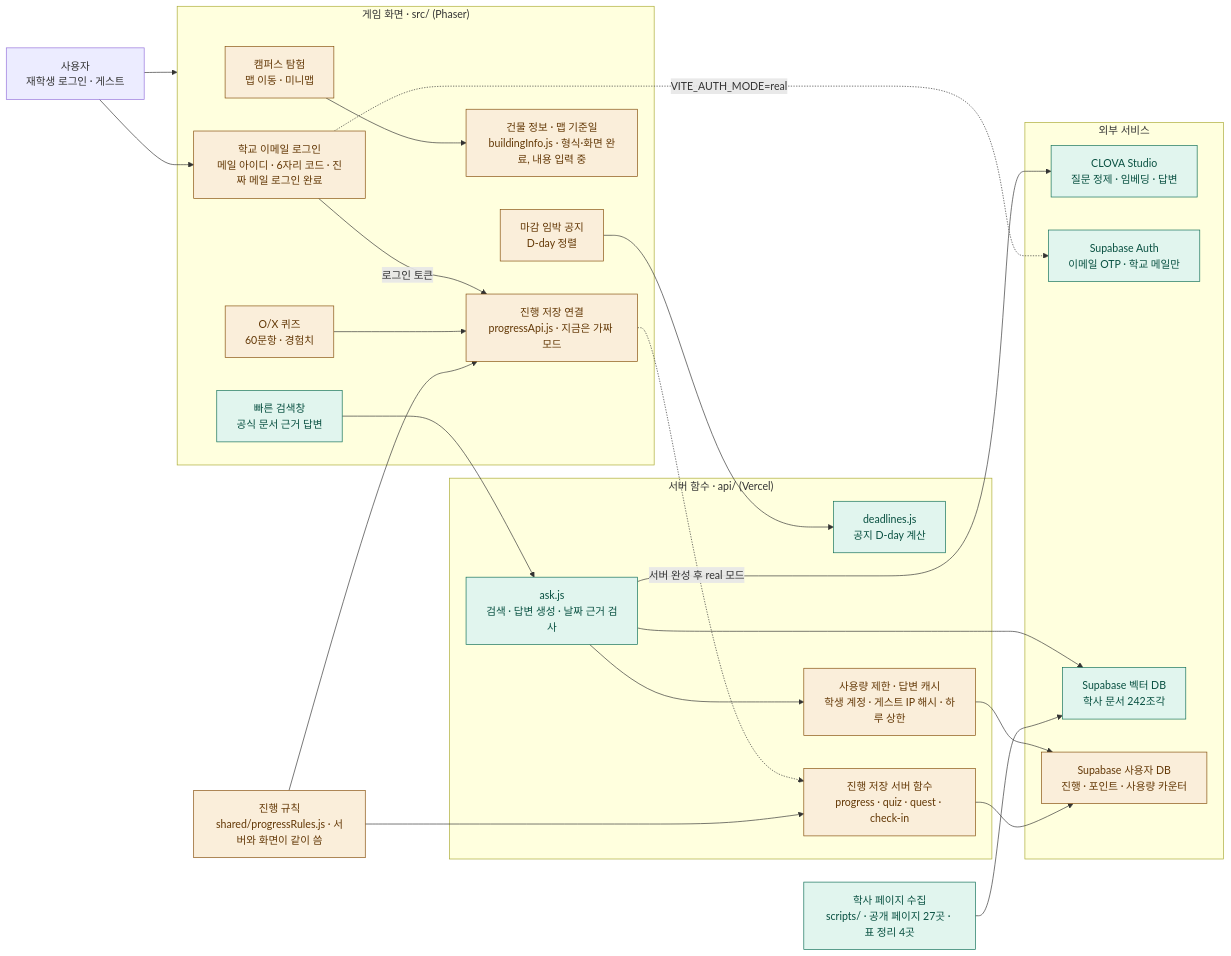
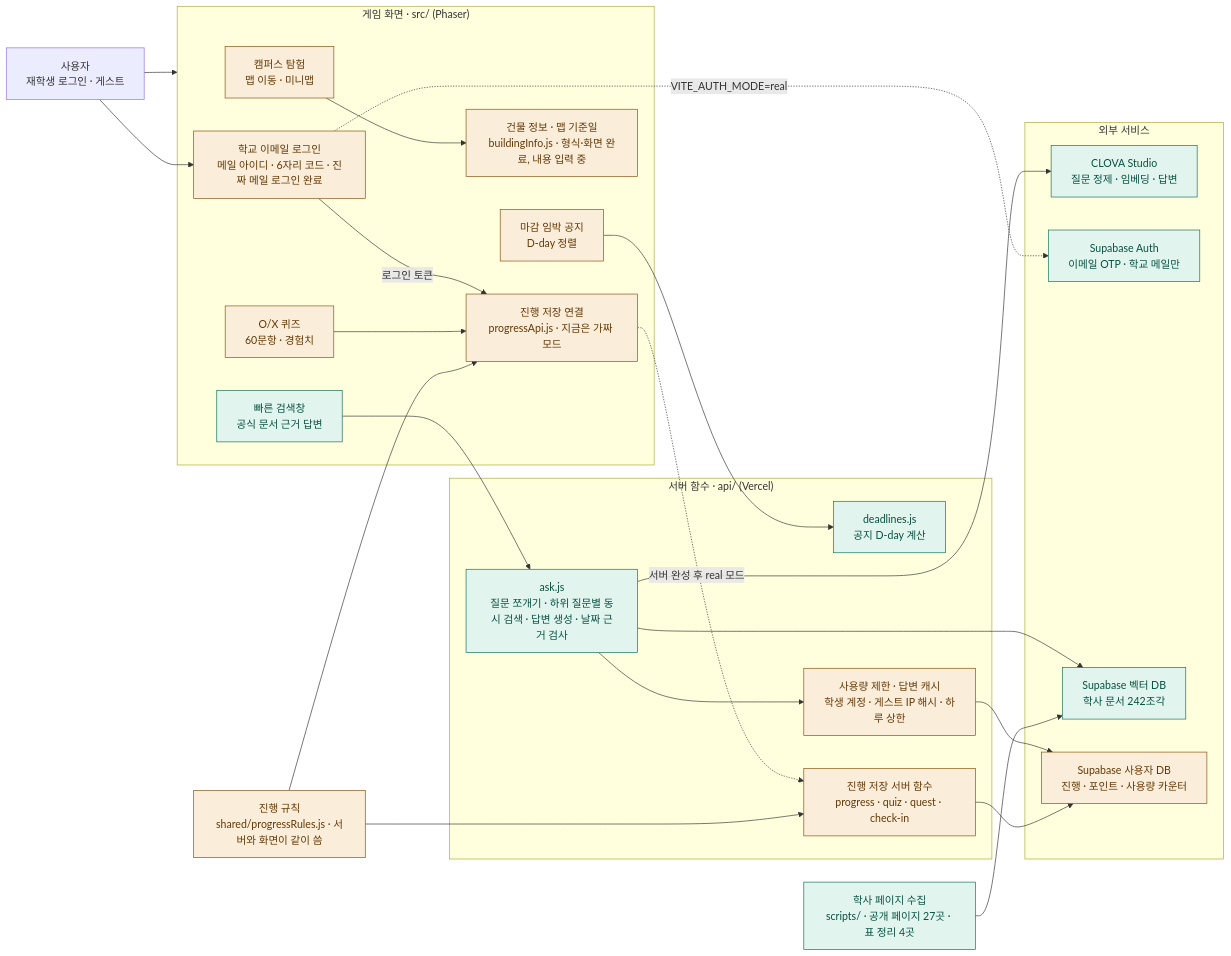
Before and after one commit to 202502859-source/hufs-quest: the diagram in docs/ARCHITECTURE.md, drawn with Mermaid. The commit also changed other lines of this file and 4 other files, not shown here.

````diff
--- a/docs/ARCHITECTURE.md
+++ b/docs/ARCHITECTURE.md
@@ -8,57 +8,57 @@
 ```mermaid
 flowchart LR
     user["사용자<br/>재학생 로그인 · 게스트"]
 
     subgraph game["게임 화면 · src/ (Phaser)"]
         explore["캠퍼스 탐험<br/>맵 이동 · 미니맵"]
         search["빠른 검색창<br/>공식 문서 근거 답변"]
         quiz["O/X 퀴즈<br/>60문항 · 경험치"]
         notice["마감 임박 공지<br/>D-day 정렬"]
         mapInfo["건물 정보 · 맵 기준일<br/>buildingInfo.js · 형식·화면 완료, 내용 입력 중"]
         progress["진행 저장 연결<br/>progressApi.js · 지금은 가짜 모드"]
         login["학교 이메일 로그인<br/>메일 아이디 · 6자리 코드 · 진짜 메일 로그인 완료"]
     end
 
     rules["진행 규칙<br/>shared/progressRules.js · 서버와 화면이 같이 씀"]
 
     subgraph server["서버 함수 · api/ (Vercel)"]
-        ask["ask.js<br/>검색 · 답변 생성 · 날짜 근거 검사"]
+        ask["ask.js<br/>질문 쪼개기 · 하위 질문별 동시 검색 · 답변 생성 · 날짜 근거 검사"]
         deadlines["deadlines.js<br/>공지 D-day 계산"]
         newApi["진행 저장 서버 함수<br/>progress · quiz · quest · check-in"]
         limiter["사용량 제한 · 답변 캐시<br/>학생 계정 · 게스트 IP 해시 · 하루 상한"]
     end
 
     subgraph external["외부 서비스"]
         clova["CLOVA Studio<br/>질문 정제 · 임베딩 · 답변"]
         supaAuth["Supabase Auth<br/>이메일 OTP · 학교 메일만"]
         vector["Supabase 벡터 DB<br/>학사 문서 242조각"]
         userDb["Supabase 사용자 DB<br/>진행 · 포인트 · 사용량 카운터"]
     end
 
     collect["학사 페이지 수집<br/>scripts/ · 공개 페이지 27곳 · 표 정리 4곳"]
 
     user --> game
     user --> login
     login -.->|"VITE_AUTH_MODE=real"| supaAuth
     login -->|"로그인 토큰"| progress
     search --> ask
     notice --> deadlines
     quiz --> progress
     progress -.->|"서버 완성 후 real 모드"| newApi
     rules --> progress
     rules --> newApi
     explore --> mapInfo
     ask --> limiter
     limiter --> userDb
     ask --> clova
     ask --> vector
     newApi --> userDb
     collect --> vector
 
     classDef done fill:#E1F5EE,stroke:#0F6E56,color:#085041
     classDef partial fill:#FAEEDA,stroke:#854F0B,color:#633806
     classDef todo fill:#FAECE7,stroke:#993C1D,color:#712B13,stroke-dasharray:5 3
 
     class search,ask,deadlines,clova,vector,collect,supaAuth done
     class explore,quiz,notice,progress,rules,userDb,login,limiter,mapInfo,newApi partial
 ```
````
